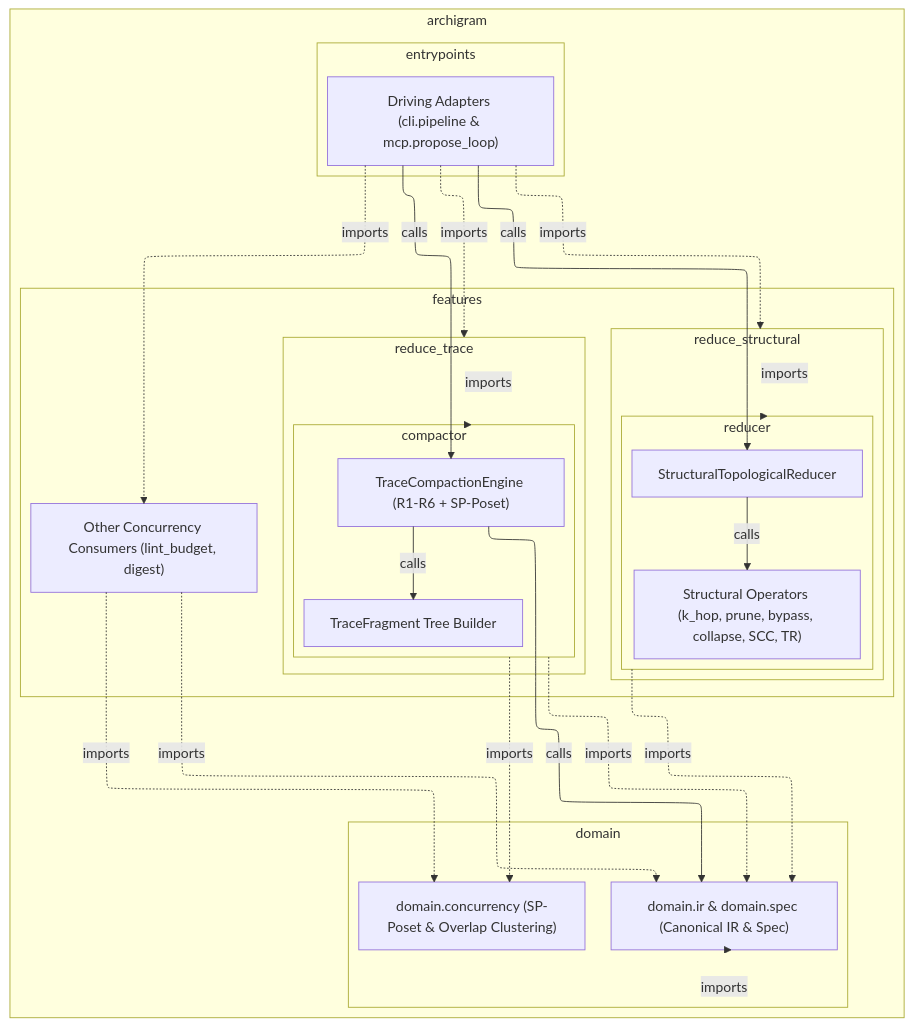
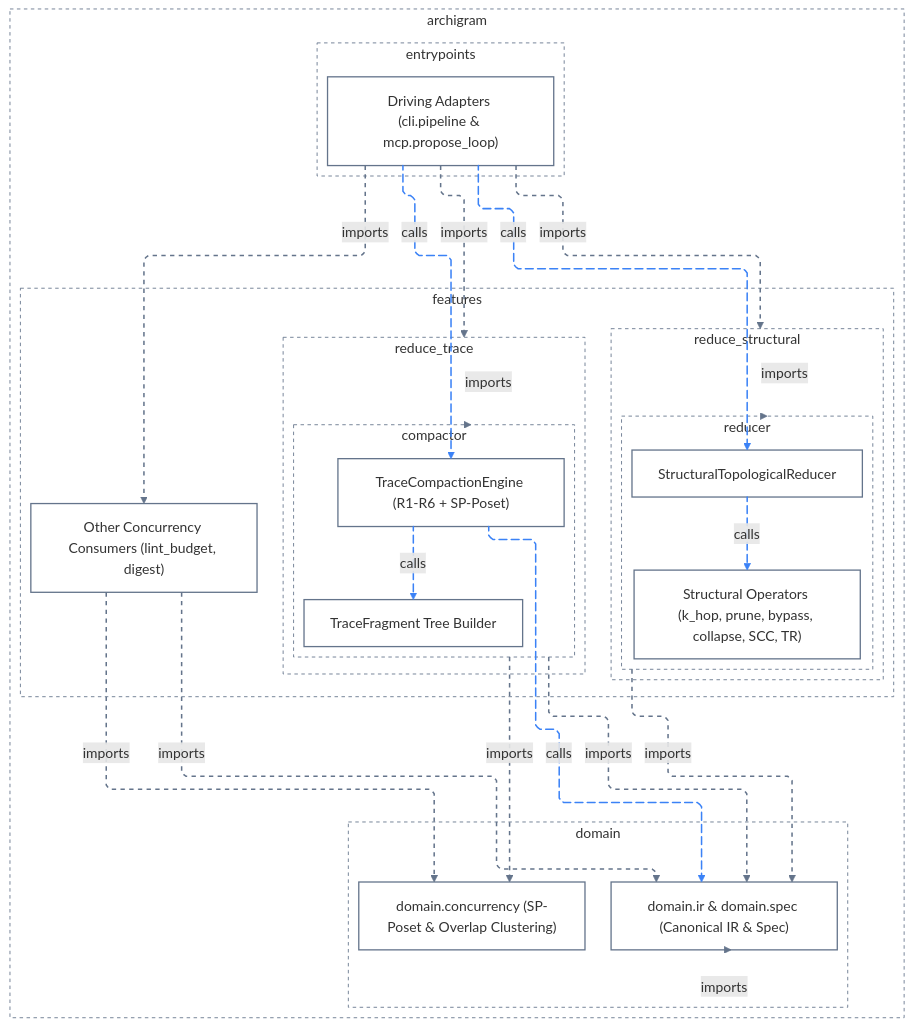
The second of 5 diagrams in docs/architecture/L2-subsystem-guides.md (klcd/archigram), drawn with Mermaid before and after one commit. The commit also changed other lines of this file and 58 other files, not shown here.

````diff
--- a/docs/architecture/L2-subsystem-guides.md
+++ b/docs/architecture/L2-subsystem-guides.md
@@ -73,8 +98,24 @@
 ---
 config:
   layout: elk
+  look: classic
+  elk:
+    mergeEdges: false
+    nodePlacementStrategy: BRANDES_KOEPF
+  flowchart:
+    curve: linear
+  themeVariables:
+    primaryColor: transparent
+    secondaryColor: transparent
+    tertiaryColor: transparent
+    mainBkg: transparent
+    nodeBorder: '#64748b'
+    clusterBkg: transparent
+    clusterBorder: '#64748b'
+    lineColor: '#64748b'
 ---
 flowchart TD
+  classDef default fill:transparent,stroke:#64748b,stroke-width:1.5px
   subgraph n_0_archigram_983b03["archigram"]
     subgraph n_1_archigram_domain_6f6ac3["domain"]
       n_9_domain_concurren_454309["domain.concurrency (SP-Poset & Overlap Clustering)"]
@@ -99,20 +140,49 @@
       n_8_concurrency_cons_e749ae["Other Concurrency Consumers (lint_budget, digest)"]
     end
   end
+  style n_0_archigram_983b03 fill:transparent,stroke:#64748b,stroke-width:1px,stroke-dasharray:4 4
+  style n_1_archigram_domain_6f6ac3 fill:transparent,stroke:#64748b,stroke-width:1px,stroke-dasharray:4 4
+  style n_2_archigram_entryp_6a8ce0 fill:transparent,stroke:#64748b,stroke-width:1px,stroke-dasharray:4 4
+  style n_3_archigram_featur_e6f01e fill:transparent,stroke:#64748b,stroke-width:1px,stroke-dasharray:4 4
+  style n_4_archigram_featur_f89487 fill:transparent,stroke:#64748b,stroke-width:1px,stroke-dasharray:4 4
+  style n_5_archigram_featur_df5fa8 fill:transparent,stroke:#64748b,stroke-width:1px,stroke-dasharray:4 4
+  style n_6_archigram_featur_e135d3 fill:transparent,stroke:#64748b,stroke-width:1px,stroke-dasharray:4 4
+  style n_7_archigram_featur_3ee542 fill:transparent,stroke:#64748b,stroke-width:1px,stroke-dasharray:4 4
   n_11_driving_entrypoi_ee541f -.->|"imports"| n_4_archigram_featur_f89487
   n_11_driving_entrypoi_ee541f -.->|"imports"| n_6_archigram_featur_e135d3
   n_7_archigram_featur_3ee542 -.->|"imports"| n_9_domain_concurren_454309
-  n_14_reduce_trace_eng_1fb2ed -->|"calls"| n_10_domain_ir_and_sp_b5f20e
+  n_14_reduce_trace_eng_1fb2ed e_3@-->|"calls"| n_10_domain_ir_and_sp_b5f20e
+  e_3@{ animate: true }
   n_5_archigram_featur_df5fa8 -.->|"imports"| n_10_domain_ir_and_sp_b5f20e
   n_7_archigram_featur_3ee542 -.->|"imports"| n_10_domain_ir_and_sp_b5f20e
   n_10_domain_ir_and_sp_b5f20e -.->|"imports"| n_1_archigram_domain_6f6ac3
   n_8_concurrency_cons_e749ae -.->|"imports"| n_9_domain_concurren_454309
   n_8_concurrency_cons_e749ae -.->|"imports"| n_10_domain_ir_and_sp_b5f20e
   n_11_driving_entrypoi_ee541f -.->|"imports"| n_8_concurrency_cons_e749ae
-  n_11_driving_entrypoi_ee541f -->|"calls"| n_12_reduce_structura_7d424e
-  n_12_reduce_structura_7d424e -->|"calls"| n_13_reduce_structura_e46926
-  n_11_driving_entrypoi_ee541f -->|"calls"| n_14_reduce_trace_eng_1fb2ed
-  n_14_reduce_trace_eng_1fb2ed -->|"calls"| n_15_trace_fragment_t_0a27fc
+  n_11_driving_entrypoi_ee541f e_10@-->|"calls"| n_12_reduce_structura_7d424e
+  e_10@{ animate: true }
+  n_12_reduce_structura_7d424e e_11@-->|"calls"| n_13_reduce_structura_e46926
+  e_11@{ animate: true }
+  n_11_driving_entrypoi_ee541f e_12@-->|"calls"| n_14_reduce_trace_eng_1fb2ed
+  e_12@{ animate: true }
+  n_14_reduce_trace_eng_1fb2ed e_13@-->|"calls"| n_15_trace_fragment_t_0a27fc
+  e_13@{ animate: true }
   n_4_archigram_featur_f89487 -.->|"imports"| n_5_archigram_featur_df5fa8
   n_6_archigram_featur_e135d3 -.->|"imports"| n_7_archigram_featur_3ee542
+  linkStyle 0 stroke:#64748b,stroke-width:1.75px,stroke-dasharray:5 5
+  linkStyle 1 stroke:#64748b,stroke-width:1.75px,stroke-dasharray:5 5
+  linkStyle 2 stroke:#64748b,stroke-width:1.75px,stroke-dasharray:5 5
+  linkStyle 3 stroke:#3b82f6,stroke-width:1.75px
+  linkStyle 4 stroke:#64748b,stroke-width:1.75px,stroke-dasharray:5 5
+  linkStyle 5 stroke:#64748b,stroke-width:1.75px,stroke-dasharray:5 5
+  linkStyle 6 stroke:#64748b,stroke-width:1.75px,stroke-dasharray:5 5
+  linkStyle 7 stroke:#64748b,stroke-width:1.75px,stroke-dasharray:5 5
+  linkStyle 8 stroke:#64748b,stroke-width:1.75px,stroke-dasharray:5 5
+  linkStyle 9 stroke:#64748b,stroke-width:1.75px,stroke-dasharray:5 5
+  linkStyle 10 stroke:#3b82f6,stroke-width:1.75px
+  linkStyle 11 stroke:#3b82f6,stroke-width:1.75px
+  linkStyle 12 stroke:#3b82f6,stroke-width:1.75px
+  linkStyle 13 stroke:#3b82f6,stroke-width:1.75px
+  linkStyle 14 stroke:#64748b,stroke-width:1.75px,stroke-dasharray:5 5
+  linkStyle 15 stroke:#64748b,stroke-width:1.75px,stroke-dasharray:5 5
 ```
````
